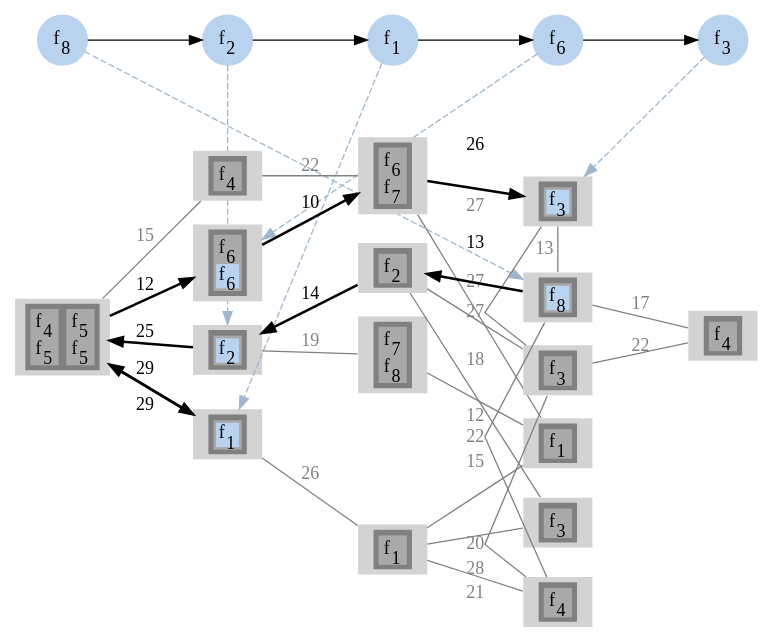
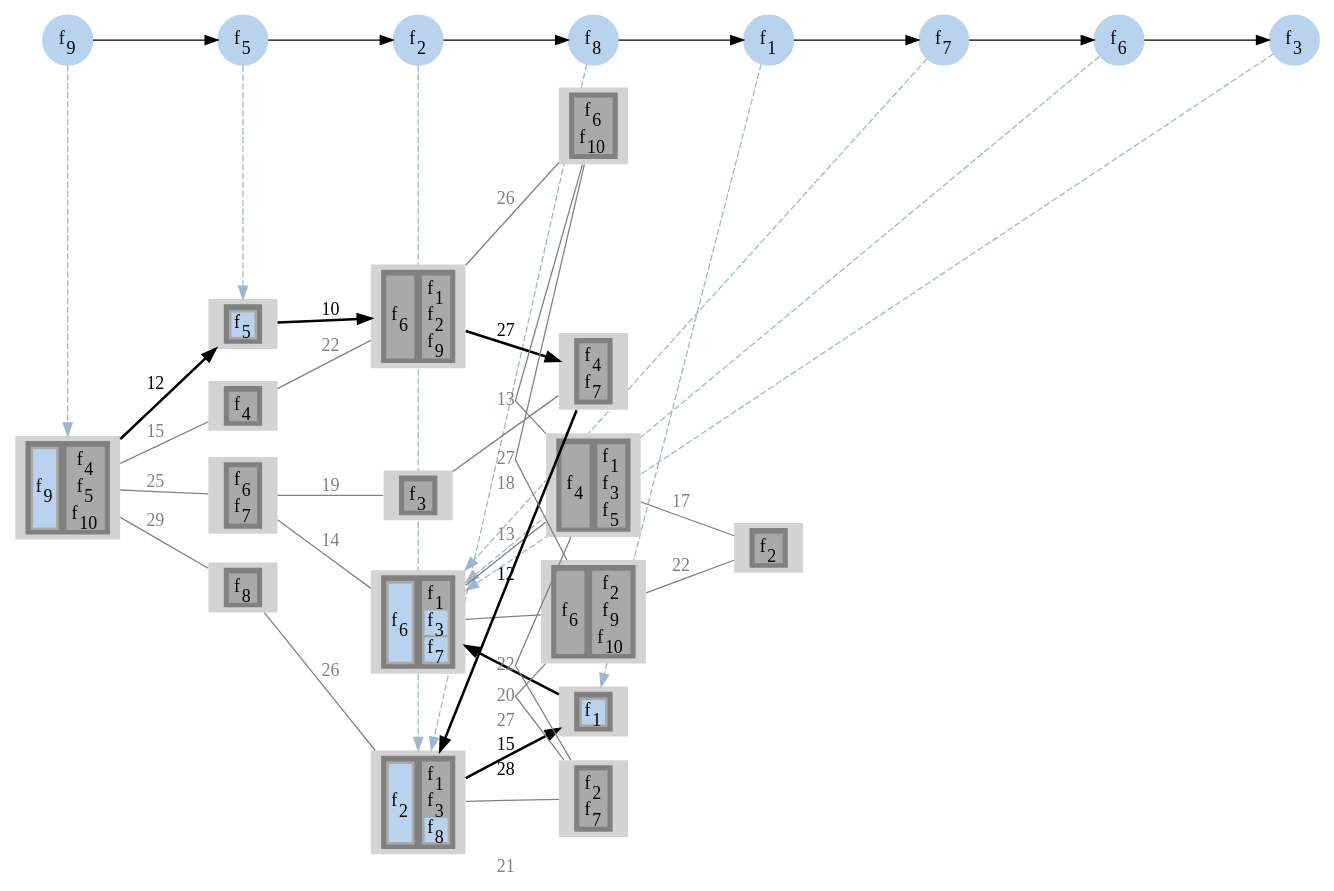
Before and after one commit to prateekshyap/SFC_Placement_in_VNF: the diagram in output/sevenReliabilityOne/gv/sfcAssgn2.gv, drawn with Graphviz. The commit also changed 74 other files, not shown here.

```diff
--- a/output/sevenReliabilityOne/gv/sfcAssgn2.gv
+++ b/output/sevenReliabilityOne/gv/sfcAssgn2.gv
@@ -5,19 +5,28 @@
 subgraph sfc
 {
 node [shape=circle]
+{rank = same; f9; };
+{rank = same; f5; };
+{rank = same; f2; };
 {rank = same; f8; };
-{rank = same; f2; };
 {rank = same; f1; };
+{rank = same; f7; };
 {rank = same; f6; };
 {rank = same; f3; };
+f9[style=filled label=<f<SUB>9</SUB>> color="slategray2"]
+f5[style=filled label=<f<SUB>5</SUB>> color="slategray2"]
+f2[style=filled label=<f<SUB>2</SUB>> color="slategray2"]
 f8[style=filled label=<f<SUB>8</SUB>> color="slategray2"]
-f2[style=filled label=<f<SUB>2</SUB>> color="slategray2"]
 f1[style=filled label=<f<SUB>1</SUB>> color="slategray2"]
+f7[style=filled label=<f<SUB>7</SUB>> color="slategray2"]
 f6[style=filled label=<f<SUB>6</SUB>> color="slategray2"]
 f3[style=filled label=<f<SUB>3</SUB>> color="slategray2"]
-f8 -> f2
-f2 -> f1
-f1 -> f6
+f9 -> f5
+f5 -> f2
+f2 -> f8
+f8 -> f1
+f1 -> f7
+f7 -> f6
 f6 -> f3
 }
 subgraph network
@@ -28,13 +37,194 @@
 {rank = same; 4; 6; 7; 9; };
 {rank = same; 5; 11; 10; 14; 12; 13; };
 {rank = same; 16; };
-12[style=filled
+1[style=filled
 label=<
 <TABLE BORDER="0" BGCOLOR="gray">
 <TR>
 <TD>
 <TABLE BORDER="0" BGCOLOR="darkgray">
-<TR><TD PORT="f22" BGCOLOR="slategray2">f<SUB>8</SUB></TD></TR>
+<TR><TD PORT="f33" BGCOLOR="slategray2">f<SUB>9</SUB></TD></TR>
+</TABLE>
+</TD>
+<TD>
+<TABLE BORDER="0" BGCOLOR="darkgray">
+<TR><TD PORT="f16" BGCOLOR="darkgray">f<SUB>4</SUB></TD></TR>
+<TR><TD PORT="f21" BGCOLOR="darkgray">f<SUB>5</SUB></TD></TR>
+<TR><TD PORT="f37" BGCOLOR="darkgray">f<SUB>10</SUB></TD></TR>
+</TABLE>
+</TD>
+</TR>
+</TABLE>>]
+
+2[style=filled
+label=<
+<TABLE BORDER="0" BGCOLOR="gray">
+<TR>
+<TD>
+<TABLE BORDER="0" BGCOLOR="darkgray">
+<TR><TD PORT="f20" BGCOLOR="slategray2">f<SUB>5</SUB></TD></TR>
+</TABLE>
+</TD>
+</TR>
+</TABLE>>]
+
+2[style=filled
+label=<
+<TABLE BORDER="0" BGCOLOR="gray">
+<TR>
+<TD>
+<TABLE BORDER="0" BGCOLOR="darkgray">
+<TR><TD PORT="f20" BGCOLOR="slategray2">f<SUB>5</SUB></TD></TR>
+</TABLE>
+</TD>
+</TR>
+</TABLE>>]
+
+6[style=filled
+label=<
+<TABLE BORDER="0" BGCOLOR="gray">
+<TR>
+<TD>
+<TABLE BORDER="0" BGCOLOR="darkgray">
+<TR><TD PORT="f6" BGCOLOR="slategray2">f<SUB>2</SUB></TD></TR>
+</TABLE>
+</TD>
+<TD>
+<TABLE BORDER="0" BGCOLOR="darkgray">
+<TR><TD PORT="f5" BGCOLOR="darkgray">f<SUB>1</SUB></TD></TR>
+<TR><TD PORT="f13" BGCOLOR="darkgray">f<SUB>3</SUB></TD></TR>
+<TR><TD PORT="f31" BGCOLOR="slategray2">f<SUB>8</SUB></TD></TR>
+</TABLE>
+</TD>
+</TR>
+</TABLE>>]
+
+6[style=filled
+label=<
+<TABLE BORDER="0" BGCOLOR="gray">
+<TR>
+<TD>
+<TABLE BORDER="0" BGCOLOR="darkgray">
+<TR><TD PORT="f6" BGCOLOR="slategray2">f<SUB>2</SUB></TD></TR>
+</TABLE>
+</TD>
+<TD>
+<TABLE BORDER="0" BGCOLOR="darkgray">
+<TR><TD PORT="f5" BGCOLOR="darkgray">f<SUB>1</SUB></TD></TR>
+<TR><TD PORT="f13" BGCOLOR="darkgray">f<SUB>3</SUB></TD></TR>
+<TR><TD PORT="f31" BGCOLOR="slategray2">f<SUB>8</SUB></TD></TR>
+</TABLE>
+</TD>
+</TR>
+</TABLE>>]
+
+6[style=filled
+label=<
+<TABLE BORDER="0" BGCOLOR="gray">
+<TR>
+<TD>
+<TABLE BORDER="0" BGCOLOR="darkgray">
+<TR><TD PORT="f6" BGCOLOR="slategray2">f<SUB>2</SUB></TD></TR>
+</TABLE>
+</TD>
+<TD>
+<TABLE BORDER="0" BGCOLOR="darkgray">
+<TR><TD PORT="f5" BGCOLOR="darkgray">f<SUB>1</SUB></TD></TR>
+<TR><TD PORT="f13" BGCOLOR="darkgray">f<SUB>3</SUB></TD></TR>
+<TR><TD PORT="f31" BGCOLOR="slategray2">f<SUB>8</SUB></TD></TR>
+</TABLE>
+</TD>
+</TR>
+</TABLE>>]
+
+10[style=filled
+label=<
+<TABLE BORDER="0" BGCOLOR="gray">
+<TR>
+<TD>
+<TABLE BORDER="0" BGCOLOR="darkgray">
+<TR><TD PORT="f1" BGCOLOR="slategray2">f<SUB>1</SUB></TD></TR>
+</TABLE>
+</TD>
+</TR>
+</TABLE>>]
+
+10[style=filled
+label=<
+<TABLE BORDER="0" BGCOLOR="gray">
+<TR>
+<TD>
+<TABLE BORDER="0" BGCOLOR="darkgray">
+<TR><TD PORT="f1" BGCOLOR="slategray2">f<SUB>1</SUB></TD></TR>
+</TABLE>
+</TD>
+</TR>
+</TABLE>>]
+
+9[style=filled
+label=<
+<TABLE BORDER="0" BGCOLOR="gray">
+<TR>
+<TD>
+<TABLE BORDER="0" BGCOLOR="darkgray">
+<TR><TD PORT="f23" BGCOLOR="slategray2">f<SUB>6</SUB></TD></TR>
+</TABLE>
+</TD>
+<TD>
+<TABLE BORDER="0" BGCOLOR="darkgray">
+<TR><TD PORT="f4" BGCOLOR="darkgray">f<SUB>1</SUB></TD></TR>
+<TR><TD PORT="f11" BGCOLOR="slategray2">f<SUB>3</SUB></TD></TR>
+<TR><TD PORT="f28" BGCOLOR="slategray2">f<SUB>7</SUB></TD></TR>
+</TABLE>
+</TD>
+</TR>
+</TABLE>>]
+
+9[style=filled
+label=<
+<TABLE BORDER="0" BGCOLOR="gray">
+<TR>
+<TD>
+<TABLE BORDER="0" BGCOLOR="darkgray">
+<TR><TD PORT="f23" BGCOLOR="slategray2">f<SUB>6</SUB></TD></TR>
+</TABLE>
+</TD>
+<TD>
+<TABLE BORDER="0" BGCOLOR="darkgray">
+<TR><TD PORT="f4" BGCOLOR="darkgray">f<SUB>1</SUB></TD></TR>
+<TR><TD PORT="f11" BGCOLOR="slategray2">f<SUB>3</SUB></TD></TR>
+<TR><TD PORT="f28" BGCOLOR="slategray2">f<SUB>7</SUB></TD></TR>
+</TABLE>
+</TD>
+</TR>
+</TABLE>>]
+
+9[style=filled
+label=<
+<TABLE BORDER="0" BGCOLOR="gray">
+<TR>
+<TD>
+<TABLE BORDER="0" BGCOLOR="darkgray">
+<TR><TD PORT="f23" BGCOLOR="slategray2">f<SUB>6</SUB></TD></TR>
+</TABLE>
+</TD>
+<TD>
+<TABLE BORDER="0" BGCOLOR="darkgray">
+<TR><TD PORT="f4" BGCOLOR="darkgray">f<SUB>1</SUB></TD></TR>
+<TR><TD PORT="f11" BGCOLOR="slategray2">f<SUB>3</SUB></TD></TR>
+<TR><TD PORT="f28" BGCOLOR="slategray2">f<SUB>7</SUB></TD></TR>
+</TABLE>
+</TD>
+</TR>
+</TABLE>>]
+
+3[style=filled
+label=<
+<TABLE BORDER="0" BGCOLOR="gray">
+<TR>
+<TD>
+<TABLE BORDER="0" BGCOLOR="darkgray">
+<TR><TD PORT="f32" BGCOLOR="darkgray">f<SUB>8</SUB></TD></TR>
 </TABLE>
 </TD>
 </TR>
@@ -46,69 +236,52 @@
 <TR>
 <TD>
 <TABLE BORDER="0" BGCOLOR="darkgray">
-<TR><TD PORT="f4" BGCOLOR="slategray2">f<SUB>2</SUB></TD></TR>
+<TR><TD PORT="f22" BGCOLOR="darkgray">f<SUB>6</SUB></TD></TR>
+<TR><TD PORT="f29" BGCOLOR="darkgray">f<SUB>7</SUB></TD></TR>
 </TABLE>
 </TD>
 </TR>
 </TABLE>>]
 
-8[style=filled
+15[style=filled
 label=<
 <TABLE BORDER="0" BGCOLOR="gray">
 <TR>
 <TD>
 <TABLE BORDER="0" BGCOLOR="darkgray">
-<TR><TD PORT="f4" BGCOLOR="slategray2">f<SUB>2</SUB></TD></TR>
+<TR><TD PORT="f17" BGCOLOR="darkgray">f<SUB>4</SUB></TD></TR>
 </TABLE>
 </TD>
 </TR>
 </TABLE>>]
 
-3[style=filled
+4[style=filled
 label=<
 <TABLE BORDER="0" BGCOLOR="gray">
 <TR>
 <TD>
 <TABLE BORDER="0" BGCOLOR="darkgray">
-<TR><TD PORT="f1" BGCOLOR="slategray2">f<SUB>1</SUB></TD></TR>
+<TR><TD PORT="f24" BGCOLOR="darkgray">f<SUB>6</SUB></TD></TR>
+</TABLE>
+</TD>
+<TD>
+<TABLE BORDER="0" BGCOLOR="darkgray">
+<TR><TD PORT="f2" BGCOLOR="darkgray">f<SUB>1</SUB></TD></TR>
+<TR><TD PORT="f8" BGCOLOR="darkgray">f<SUB>2</SUB></TD></TR>
+<TR><TD PORT="f35" BGCOLOR="darkgray">f<SUB>9</SUB></TD></TR>
 </TABLE>
 </TD>
 </TR>
 </TABLE>>]
 
-3[style=filled
+5[style=filled
 label=<
 <TABLE BORDER="0" BGCOLOR="gray">
 <TR>
 <TD>
 <TABLE BORDER="0" BGCOLOR="darkgray">
-<TR><TD PORT="f1" BGCOLOR="slategray2">f<SUB>1</SUB></TD></TR>
-</TABLE>
-</TD>
-</TR>
-</TABLE>>]
-
-2[style=filled
-label=<
-<TABLE BORDER="0" BGCOLOR="gray">
-<TR>
-<TD>
-<TABLE BORDER="0" BGCOLOR="darkgray">
-<TR><TD PORT="f16" BGCOLOR="darkgray">f<SUB>6</SUB></TD></TR>
-<TR><TD PORT="f17" BGCOLOR="slategray2">f<SUB>6</SUB></TD></TR>
-</TABLE>
-</TD>
-</TR>
-</TABLE>>]
-
-2[style=filled
-label=<
-<TABLE BORDER="0" BGCOLOR="gray">
-<TR>
-<TD>
-<TABLE BORDER="0" BGCOLOR="darkgray">
-<TR><TD PORT="f16" BGCOLOR="darkgray">f<SUB>6</SUB></TD></TR>
-<TR><TD PORT="f17" BGCOLOR="slategray2">f<SUB>6</SUB></TD></TR>
+<TR><TD PORT="f18" BGCOLOR="darkgray">f<SUB>4</SUB></TD></TR>
+<TR><TD PORT="f30" BGCOLOR="darkgray">f<SUB>7</SUB></TD></TR>
 </TABLE>
 </TD>
 </TR>
@@ -120,75 +293,8 @@
 <TR>
 <TD>
 <TABLE BORDER="0" BGCOLOR="darkgray">
-<TR><TD PORT="f7" BGCOLOR="slategray2">f<SUB>3</SUB></TD></TR>
-</TABLE>
-</TD>
-</TR>
-</TABLE>>]
-
-1[style=filled
-label=<
-<TABLE BORDER="0" BGCOLOR="gray">
-<TR>
-<TD>
-<TABLE BORDER="0" BGCOLOR="darkgray">
-<TR><TD PORT="f12" BGCOLOR="darkgray">f<SUB>4</SUB></TD></TR>
-<TR><TD PORT="f13" BGCOLOR="darkgray">f<SUB>5</SUB></TD></TR>
-</TABLE>
-</TD>
-<TD>
-<TABLE BORDER="0" BGCOLOR="darkgray">
-<TR><TD PORT="f14" BGCOLOR="darkgray">f<SUB>5</SUB></TD></TR>
-<TR><TD PORT="f15" BGCOLOR="darkgray">f<SUB>5</SUB></TD></TR>
-</TABLE>
-</TD>
-</TR>
-</TABLE>>]
-
-15[style=filled
-label=<
-<TABLE BORDER="0" BGCOLOR="gray">
-<TR>
-<TD>
-<TABLE BORDER="0" BGCOLOR="darkgray">
-<TR><TD PORT="f10" BGCOLOR="darkgray">f<SUB>4</SUB></TD></TR>
-</TABLE>
-</TD>
-</TR>
-</TABLE>>]
-
-4[style=filled
-label=<
-<TABLE BORDER="0" BGCOLOR="gray">
-<TR>
-<TD>
-<TABLE BORDER="0" BGCOLOR="darkgray">
-<TR><TD PORT="f18" BGCOLOR="darkgray">f<SUB>6</SUB></TD></TR>
-<TR><TD PORT="f19" BGCOLOR="darkgray">f<SUB>7</SUB></TD></TR>
-</TABLE>
-</TD>
-</TR>
-</TABLE>>]
-
-6[style=filled
-label=<
-<TABLE BORDER="0" BGCOLOR="gray">
-<TR>
-<TD>
-<TABLE BORDER="0" BGCOLOR="darkgray">
-<TR><TD PORT="f3" BGCOLOR="darkgray">f<SUB>1</SUB></TD></TR>
-</TABLE>
-</TD>
-</TR>
-</TABLE>>]
-
-5[style=filled
-label=<
-<TABLE BORDER="0" BGCOLOR="gray">
-<TR>
-<TD>
-<TABLE BORDER="0" BGCOLOR="darkgray">
-<TR><TD PORT="f2" BGCOLOR="darkgray">f<SUB>1</SUB></TD></TR>
+<TR><TD PORT="f26" BGCOLOR="darkgray">f<SUB>6</SUB></TD></TR>
+<TR><TD PORT="f36" BGCOLOR="darkgray">f<SUB>10</SUB></TD></TR>
 </TABLE>
 </TD>
 </TR>
@@ -200,20 +306,7 @@
 <TR>
 <TD>
 <TABLE BORDER="0" BGCOLOR="darkgray">
-<TR><TD PORT="f20" BGCOLOR="darkgray">f<SUB>7</SUB></TD></TR>
-<TR><TD PORT="f21" BGCOLOR="darkgray">f<SUB>8</SUB></TD></TR>
-</TABLE>
-</TD>
-</TR>
-</TABLE>>]
-
-10[style=filled
-label=<
-<TABLE BORDER="0" BGCOLOR="gray">
-<TR>
-<TD>
-<TABLE BORDER="0" BGCOLOR="darkgray">
-<TR><TD PORT="f6" BGCOLOR="darkgray">f<SUB>3</SUB></TD></TR>
+<TR><TD PORT="f14" BGCOLOR="darkgray">f<SUB>3</SUB></TD></TR>
 </TABLE>
 </TD>
 </TR>
@@ -225,19 +318,27 @@
 <TR>
 <TD>
 <TABLE BORDER="0" BGCOLOR="darkgray">
-<TR><TD PORT="f9" BGCOLOR="darkgray">f<SUB>4</SUB></TD></TR>
+<TR><TD PORT="f10" BGCOLOR="darkgray">f<SUB>2</SUB></TD></TR>
+<TR><TD PORT="f27" BGCOLOR="darkgray">f<SUB>7</SUB></TD></TR>
 </TABLE>
 </TD>
 </TR>
 </TABLE>>]
 
-9[style=filled
+12[style=filled
 label=<
 <TABLE BORDER="0" BGCOLOR="gray">
 <TR>
 <TD>
 <TABLE BORDER="0" BGCOLOR="darkgray">
-<TR><TD PORT="f5" BGCOLOR="darkgray">f<SUB>2</SUB></TD></TR>
+<TR><TD PORT="f15" BGCOLOR="darkgray">f<SUB>4</SUB></TD></TR>
+</TABLE>
+</TD>
+<TD>
+<TABLE BORDER="0" BGCOLOR="darkgray">
+<TR><TD PORT="f3" BGCOLOR="darkgray">f<SUB>1</SUB></TD></TR>
+<TR><TD PORT="f12" BGCOLOR="darkgray">f<SUB>3</SUB></TD></TR>
+<TR><TD PORT="f19" BGCOLOR="darkgray">f<SUB>5</SUB></TD></TR>
 </TABLE>
 </TD>
 </TR>
@@ -249,7 +350,14 @@
 <TR>
 <TD>
 <TABLE BORDER="0" BGCOLOR="darkgray">
-<TR><TD PORT="f8" BGCOLOR="darkgray">f<SUB>3</SUB></TD></TR>
+<TR><TD PORT="f25" BGCOLOR="darkgray">f<SUB>6</SUB></TD></TR>
+</TABLE>
+</TD>
+<TD>
+<TABLE BORDER="0" BGCOLOR="darkgray">
+<TR><TD PORT="f7" BGCOLOR="darkgray">f<SUB>2</SUB></TD></TR>
+<TR><TD PORT="f34" BGCOLOR="darkgray">f<SUB>9</SUB></TD></TR>
+<TR><TD PORT="f38" BGCOLOR="darkgray">f<SUB>10</SUB></TD></TR>
 </TABLE>
 </TD>
 </TR>
@@ -261,30 +369,29 @@
 <TR>
 <TD>
 <TABLE BORDER="0" BGCOLOR="darkgray">
-<TR><TD PORT="f11" BGCOLOR="darkgray">f<SUB>4</SUB></TD></TR>
+<TR><TD PORT="f9" BGCOLOR="darkgray">f<SUB>2</SUB></TD></TR>
 </TABLE>
 </TD>
 </TR>
 </TABLE>>]
 
-12 -> 9[label="13" color="black" penwidth=2]
-9 -> 8[label="14" color="black" penwidth=2]
-8 -> 1[label="25" color="black" penwidth=2]
-1 -> 3[label="29" color="black" penwidth=2]
-3 -> 1[label="29" color="black" penwidth=2]
 1 -> 2[label="12" color="black" penwidth=2]
 2 -> 4[label="10" color="black" penwidth=2]
-4 -> 11[label="26" color="black" penwidth=2]
+4 -> 5[label="27" color="black" penwidth=2]
+5 -> 6[label="12" color="black" penwidth=2]
+6 -> 10[label="28" color="black" penwidth=2]
+10 -> 9[label="15" color="black" penwidth=2]
+1 -> 3[label="29" color="gray" fontcolor="gray" dir = none]
+1 -> 8[label="25" color="gray" fontcolor="gray" dir = none]
 1 -> 15[label="15" color="gray" fontcolor="gray" dir = none]
 3 -> 6[label="26" color="gray" fontcolor="gray" dir = none]
-4 -> 5[label="27" color="gray" fontcolor="gray" dir = none]
+4 -> 11[label="26" color="gray" fontcolor="gray" dir = none]
 4 -> 15[label="22" color="gray" fontcolor="gray" dir = none]
-5 -> 6[label="12" color="gray" fontcolor="gray" dir = none]
 5 -> 7[label="18" color="gray" fontcolor="gray" dir = none]
-6 -> 10[label="28" color="gray" fontcolor="gray" dir = none]
 6 -> 14[label="21" color="gray" fontcolor="gray" dir = none]
 7 -> 8[label="19" color="gray" fontcolor="gray" dir = none]
-9 -> 10[label="15" color="gray" fontcolor="gray" dir = none]
+8 -> 9[label="14" color="gray" fontcolor="gray" dir = none]
+9 -> 12[label="13" color="gray" fontcolor="gray" dir = none]
 9 -> 13[label="27" color="gray" fontcolor="gray" dir = none]
 11 -> 12[label="13" color="gray" fontcolor="gray" dir = none]
 11 -> 13[label="27" color="gray" fontcolor="gray" dir = none]
@@ -294,9 +401,12 @@
 13 -> 16[label="22" color="gray" fontcolor="gray" dir = none]
 }
 splines=false
-f8 -> 12[color="slategray3" style=dashed constraint=false]
-f2 -> 8[color="slategray3" style=dashed constraint=false]
-f1 -> 3[color="slategray3" style=dashed constraint=false]
-f6 -> 2[color="slategray3" style=dashed constraint=false]
-f3 -> 11[color="slategray3" style=dashed constraint=false]
+f9 -> 1[color="slategray3" style=dashed constraint=false]
+f5 -> 2[color="slategray3" style=dashed constraint=false]
+f2 -> 6[color="slategray3" style=dashed constraint=false]
+f8 -> 6[color="slategray3" style=dashed constraint=false]
+f1 -> 10[color="slategray3" style=dashed constraint=false]
+f7 -> 9[color="slategray3" style=dashed constraint=false]
+f6 -> 9[color="slategray3" style=dashed constraint=false]
+f3 -> 9[color="slategray3" style=dashed constraint=false]
 }
```
